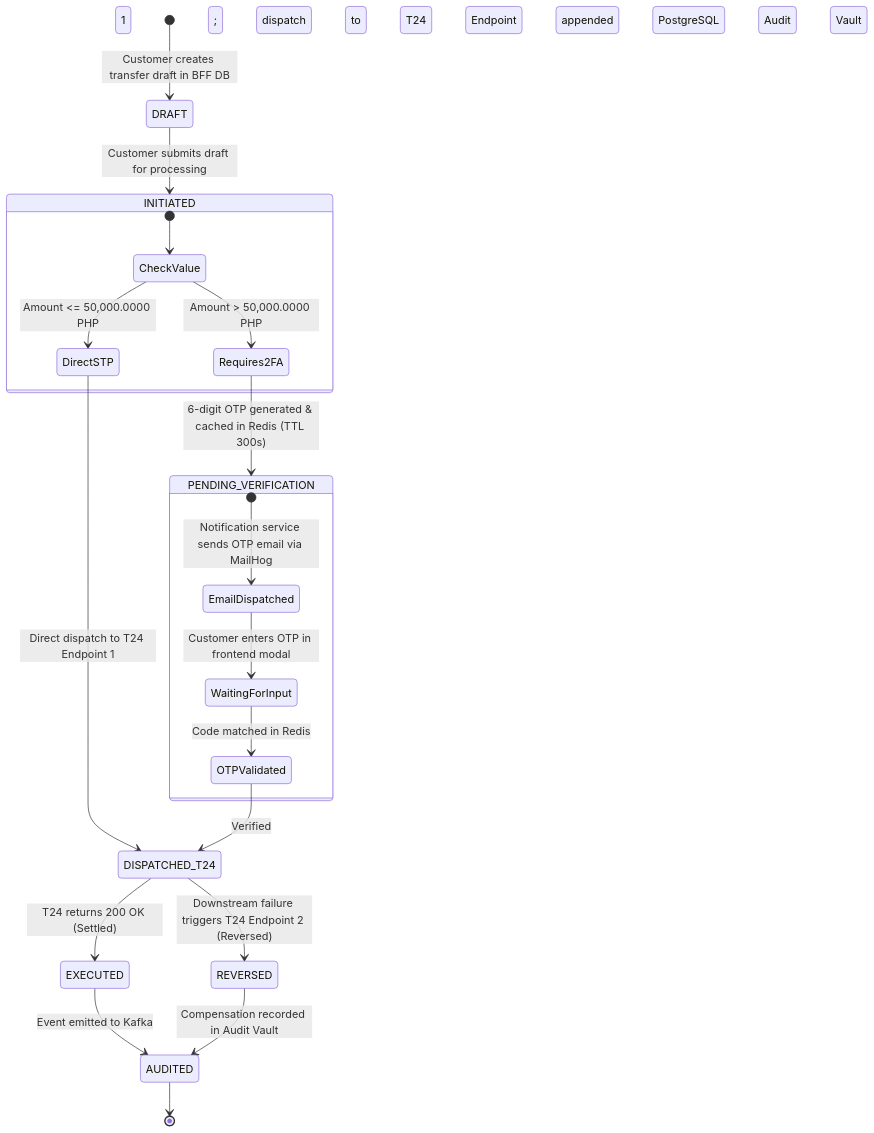
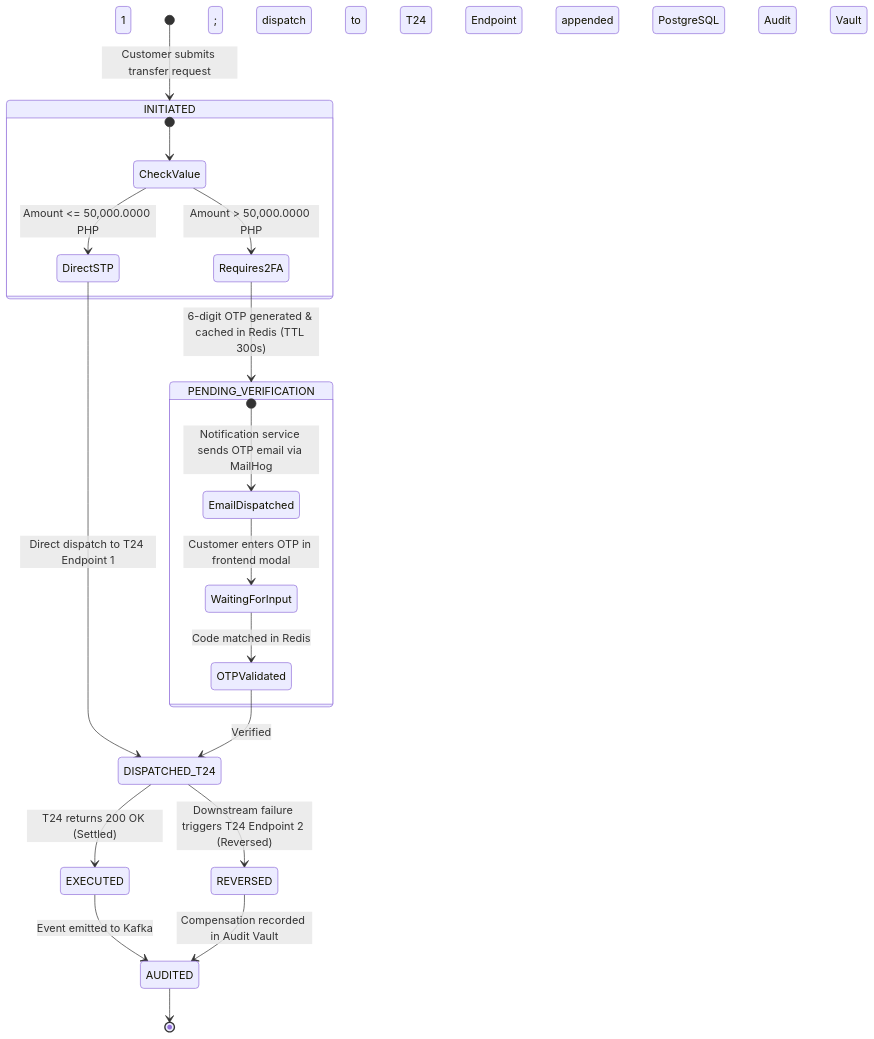
The fifth of 6 diagrams in ARCHITECTURE_DIAGRAMS.md (jmbilbao25/group3_fse_capstone), drawn with Mermaid before and after one commit. The commit also changed other lines of this file and 12 other files, not shown here.

Commit message:
feat(arch): update architecture with dual-endpoint T24 CBS and C1-C4 diagrams

````diff
--- a/ARCHITECTURE_DIAGRAMS.md
+++ b/ARCHITECTURE_DIAGRAMS.md
@@ -321,33 +271,31 @@
 ```mermaid
 stateDiagram-v2
-    [*] --> DRAFT: Customer creates transfer draft in BFF DB
-
-    DRAFT --> INITIATED: Customer submits draft for processing
+    [*] --> INITIATED: Customer submits transfer request
 
     state INITIATED {
         [*] --> CheckValue
         CheckValue --> DirectSTP: Amount <= 50,000.0000 PHP
         CheckValue --> Requires2FA: Amount > 50,000.0000 PHP
     }
 
     DirectSTP --> DISPATCHED_T24: Direct dispatch to T24 Endpoint 1
 
     Requires2FA --> PENDING_VERIFICATION: 6-digit OTP generated & cached in Redis (TTL 300s)
 
     state PENDING_VERIFICATION {
         [*] --> EmailDispatched: Notification service sends OTP email via MailHog
         EmailDispatched --> WaitingForInput: Customer enters OTP in frontend modal
         WaitingForInput --> OTPValidated: Code matched in Redis
     }
 
     OTPValidated --> DISPATCHED_T24: Verified; dispatch to T24 Endpoint 1
 
     DISPATCHED_T24 --> EXECUTED: T24 returns 200 OK (Settled)
 
     DISPATCHED_T24 --> REVERSED: Downstream failure triggers T24 Endpoint 2 (Reversed)
 
     EXECUTED --> AUDITED: Event emitted to Kafka; appended to PostgreSQL Audit Vault
     REVERSED --> AUDITED: Compensation recorded in Audit Vault
 
     AUDITED --> [*]
 ```
````
